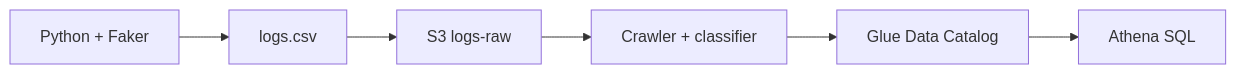
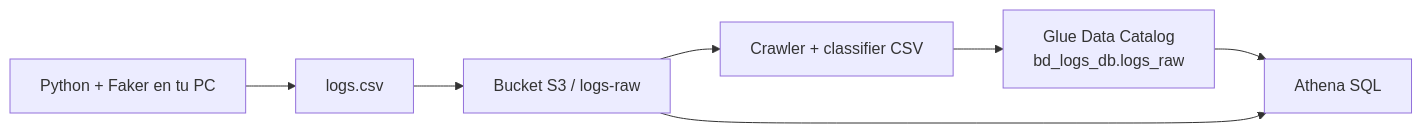
Before and after one commit to iesataulfoargentasor/sbd_2026_2027_new: the diagram in docs/ut1/laboratorio-aws.md, drawn with Mermaid. The commit also changed other lines of this file and 3 other files, not shown here.

````diff
--- a/docs/ut1/laboratorio-aws.md
+++ b/docs/ut1/laboratorio-aws.md
@@ -29,8 +39,9 @@
 ```mermaid
 flowchart LR
-  P[Python + Faker] --> CSV[logs.csv]
-  CSV --> S3[S3 logs-raw]
-  S3 --> C[Crawler + classifier]
-  C --> G[Glue Data Catalog]
+  P[Python + Faker en tu PC] --> CSV[logs.csv]
+  CSV --> S3[Bucket S3 / logs-raw]
+  S3 --> C[Crawler + classifier CSV]
+  C --> G[Glue Data Catalog<br/>bd_logs_db.logs_raw]
   G --> A[Athena SQL]
+  S3 --> A
 ```
````
